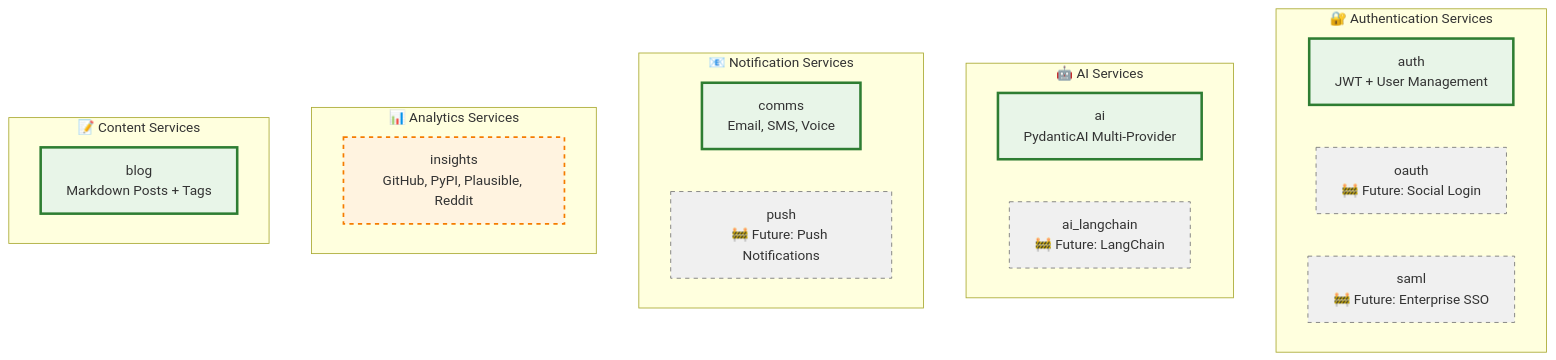
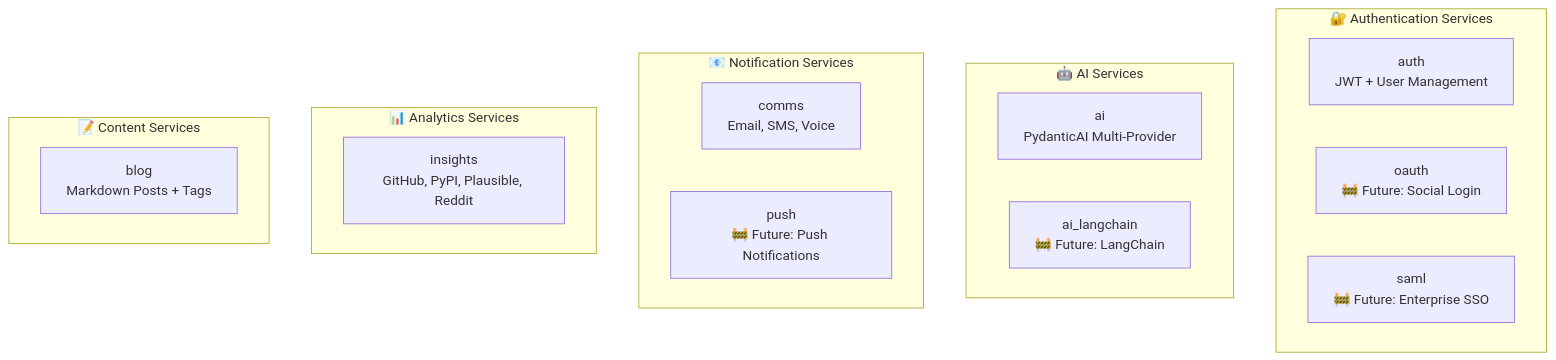
Before and after one commit to bhardwajRahul/aegis-stack: the third of 4 diagrams in docs/services/index.md, drawn with Mermaid. The commit also changed other lines of this file and 26 other files, not shown here.

````diff
--- a/docs/services/index.md
+++ b/docs/services/index.md
@@ -131,36 +110,27 @@
 ```mermaid
 graph TB
     subgraph "🔐 Authentication Services"
-        AuthJWT[auth<br/>JWT + User Management]
-        AuthOAuth[oauth<br/>🚧 Future: Social Login]
-        AuthSAML[saml<br/>🚧 Future: Enterprise SSO]
+        AuthJWT["auth<br/>JWT + User Management"]
+        AuthOAuth["oauth<br/>🚧 Future: Social Login"]
+        AuthSAML["saml<br/>🚧 Future: Enterprise SSO"]
     end
 
     subgraph "🤖 AI Services"
-        AIPydantic[ai<br/>PydanticAI Multi-Provider]
-        AILangChain[ai_langchain<br/>🚧 Future: LangChain]
+        AIPydantic["ai<br/>PydanticAI Multi-Provider"]
+        AILangChain["ai_langchain<br/>🚧 Future: LangChain"]
     end
 
     subgraph "📧 Notification Services"
-        CommsService[comms<br/>Email, SMS, Voice]
-        Push[push<br/>🚧 Future: Push Notifications]
+        CommsService["comms<br/>Email, SMS, Voice"]
+        Push["push<br/>🚧 Future: Push Notifications"]
     end
 
     subgraph "📊 Analytics Services"
-        InsightsService[insights<br/>GitHub, PyPI, Plausible, Reddit]
+        InsightsService["insights<br/>GitHub, PyPI, Plausible, Reddit"]
     end
 
     subgraph "📝 Content Services"
-        BlogService[blog<br/>Markdown Posts + Tags]
+        BlogService["blog<br/>Markdown Posts + Tags"]
     end
 
-    style AuthJWT fill:#e8f5e8,stroke:#2e7d32,stroke-width:3px
-    style AuthOAuth fill:#f0f0f0,stroke:#757575,stroke-dasharray: 5 5
-    style AuthSAML fill:#f0f0f0,stroke:#757575,stroke-dasharray: 5 5
-    style AIPydantic fill:#e8f5e8,stroke:#2e7d32,stroke-width:3px
-    style AILangChain fill:#f0f0f0,stroke:#757575,stroke-dasharray: 5 5
-    style CommsService fill:#e8f5e8,stroke:#2e7d32,stroke-width:3px
-    style Push fill:#f0f0f0,stroke:#757575,stroke-dasharray: 5 5
-    style InsightsService fill:#fff3e0,stroke:#f57c00,stroke-width:2px,stroke-dasharray: 5 5
-    style BlogService fill:#e8f5e8,stroke:#2e7d32,stroke-width:3px
 ```
````
